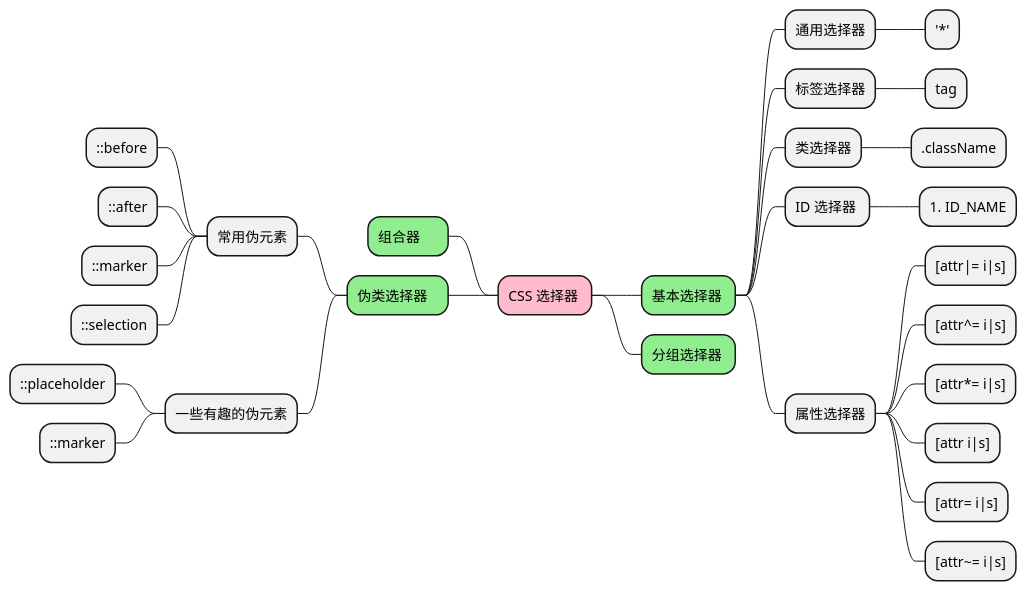
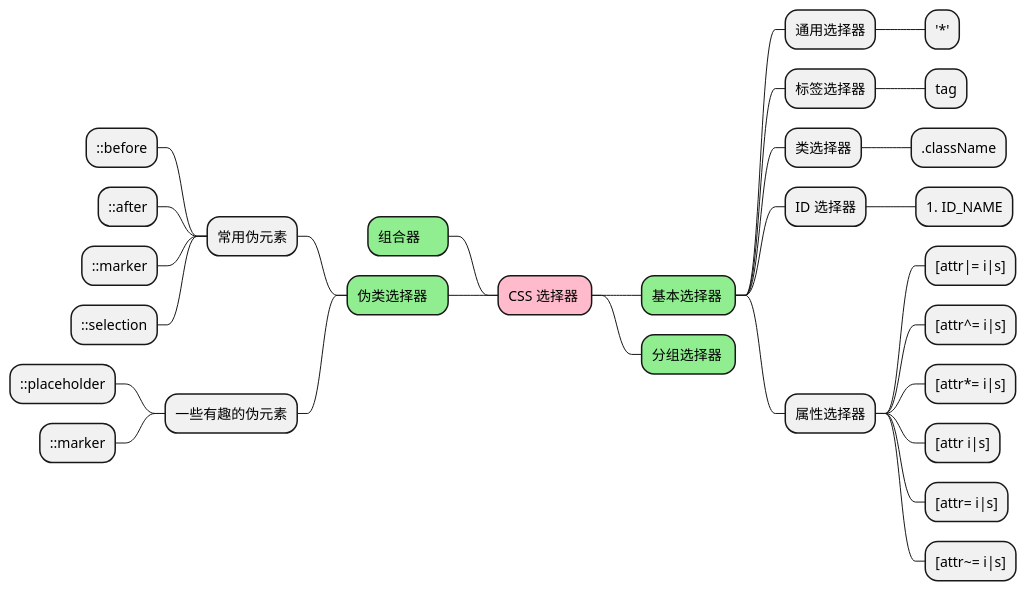
The diagram in _posts/前端/前端基础知识/CSS/CSS 选择器.md (couriourc/couriourc.github.io), drawn with PlantUML before and after one commit. The commit also changed other lines of this file and 22 other files, not shown here.

````diff
--- a/_posts/前端/前端基础知识/CSS/CSS 选择器.md
+++ b/_posts/前端/前端基础知识/CSS/CSS 选择器.md
@@ -12,52 +12,52 @@
 ```plantuml
 @startmindmap
 <style>
 mindmapDiagram {
   .green {
     BackgroundColor lightgreen
   }
   .rose {
     BackgroundColor #FFBBCC
   }
   .your_style_name {
     BackgroundColor lightblue
   }
 }
 </style>
-* CSS 选择器 <<rose>>
+- CSS 选择器 <<rose>>
 ** 基本选择器 <<green>>
 *** 通用选择器
 **** '*'
 
 *** 标签选择器
 **** tag
 
 *** 类选择器
 **** .className
 
-*** ID 选择器 
+*** ID 选择器
 **** #ID_NAME
 
 *** 属性选择器
 **** [attr|= i|s]
 **** [attr^= i|s]
 **** [attr*= i|s]
 **** [attr i|s]
 **** [attr= i|s]
 **** [attr~= i|s]
 
 ++ 分组选择器 <<green>>
 left side
 ** 组合器     <<green>>
 ** 伪类选择器   <<green>>
 *** 常用伪元素
 **** ::before
 **** ::after
 **** ::marker
 **** ::selection
 
 *** 一些有趣的伪元素
 **** ::placeholder
 **** ::marker
 @endmindmap
 ```
````
